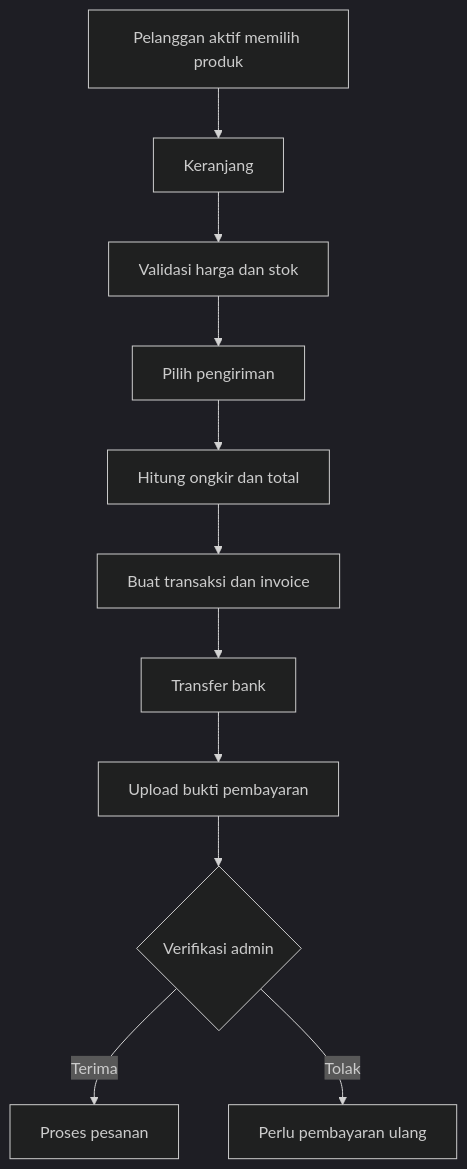
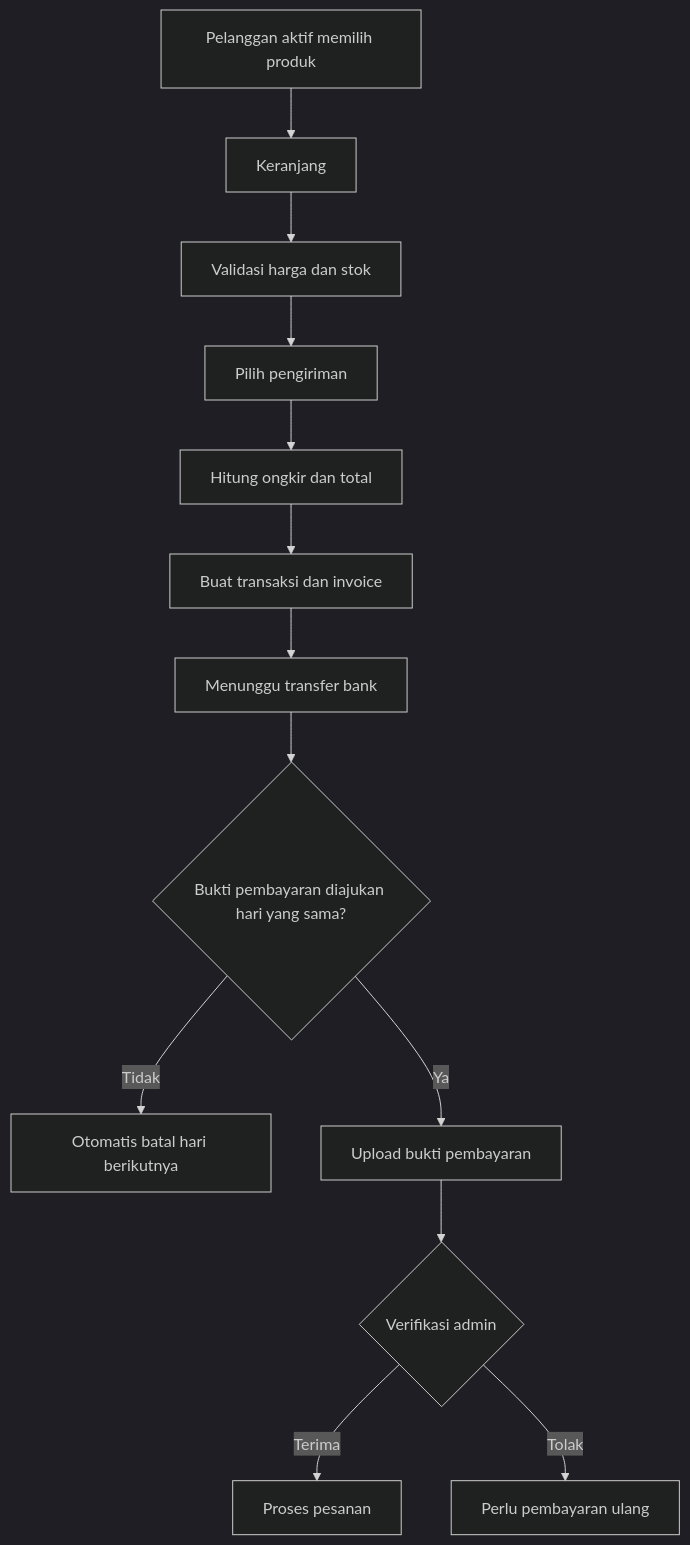
The third of 4 diagrams in docs/requirements/BRD.md (Webekspres/pixel-komunika), drawn with Mermaid (dark theme) before and after one commit. The commit also changed other lines of this file and 3 other files, not shown here.

````diff
--- a/docs/requirements/BRD.md
+++ b/docs/requirements/BRD.md
@@ -286,13 +293,15 @@
 ```mermaid
 flowchart TD
     A[Pelanggan aktif memilih produk] --> B[Keranjang]
     B --> C[Validasi harga dan stok]
     C --> D[Pilih pengiriman]
     D --> E[Hitung ongkir dan total]
     E --> F[Buat transaksi dan invoice]
-    F --> G[Transfer bank]
-    G --> H[Upload bukti pembayaran]
+    F --> G[Menunggu transfer bank]
+    G --> X{Bukti pembayaran diajukan hari yang sama?}
+    X -->|Tidak| Y[Otomatis batal hari berikutnya]
+    X -->|Ya| H[Upload bukti pembayaran]
     H --> I{Verifikasi admin}
     I -->|Terima| J[Proses pesanan]
     I -->|Tolak| K[Perlu pembayaran ulang]
 ```
````
